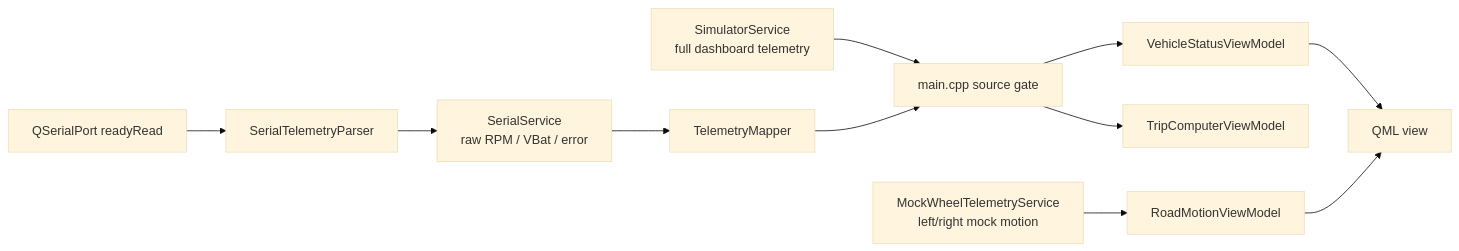
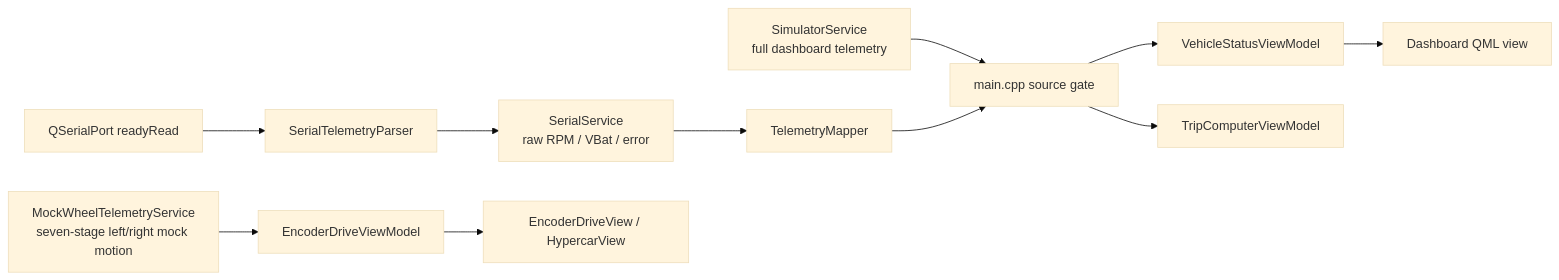
One commit to BUITANHUNG0411/CyberDash-STM32 changed the diagram in README.md. Above: the diagram before and after it, drawn with Mermaid (base theme). The commit also changed other lines of this file and 7 other files, not shown here.

Commit message:
docs: record encoder-driven hypercar scene

````diff
--- a/README.md
+++ b/README.md
@@ -41,13 +41,13 @@
 ```mermaid
 flowchart LR
     Simulator[SimulatorService<br/>full dashboard telemetry] --> Gate[main.cpp source gate]
     Port[QSerialPort readyRead] --> Parser[SerialTelemetryParser]
     Parser --> Serial[SerialService<br/>raw RPM / VBat / error]
     Serial --> Mapper[TelemetryMapper]
     Mapper --> Gate
     Gate --> Vehicle[VehicleStatusViewModel]
     Gate --> Trip[TripComputerViewModel]
-    MockWheel[MockWheelTelemetryService<br/>left/right mock motion] --> Road[RoadMotionViewModel]
-    Vehicle --> QML[QML view]
-    Road --> QML
+    MockWheel[MockWheelTelemetryService<br/>seven-stage left/right mock motion] --> Drive[EncoderDriveViewModel]
+    Vehicle --> DashboardQML[Dashboard QML view]
+    Drive --> EncoderQML[EncoderDriveView / HypercarView]
 ```
````
